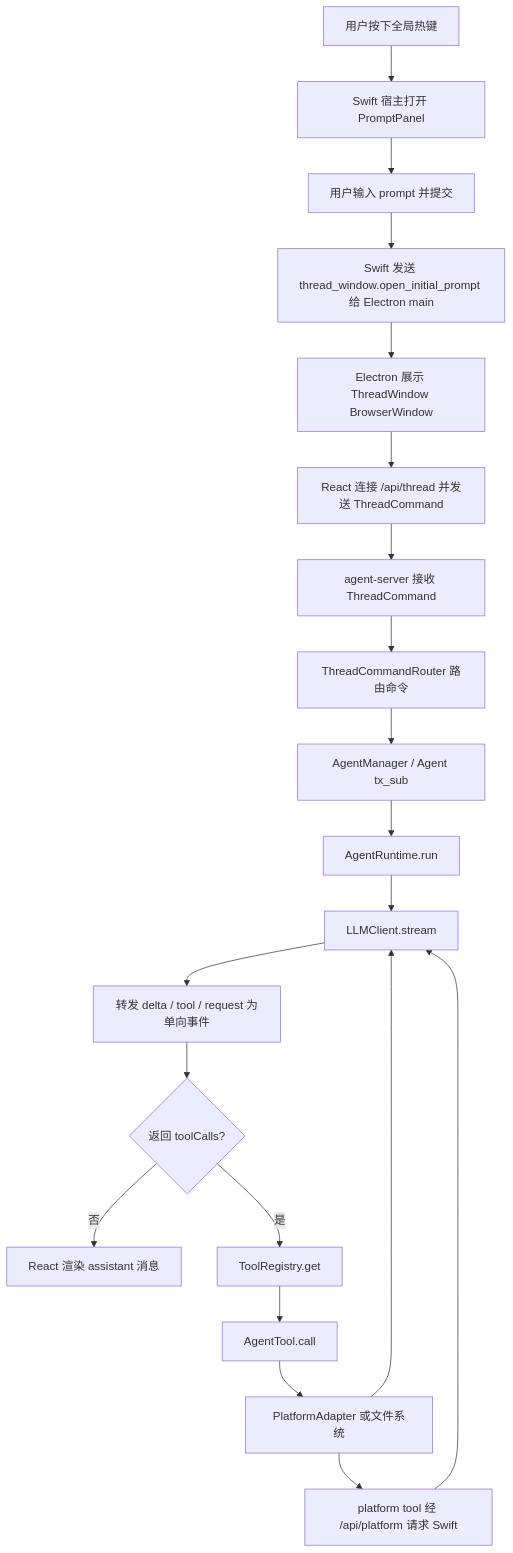
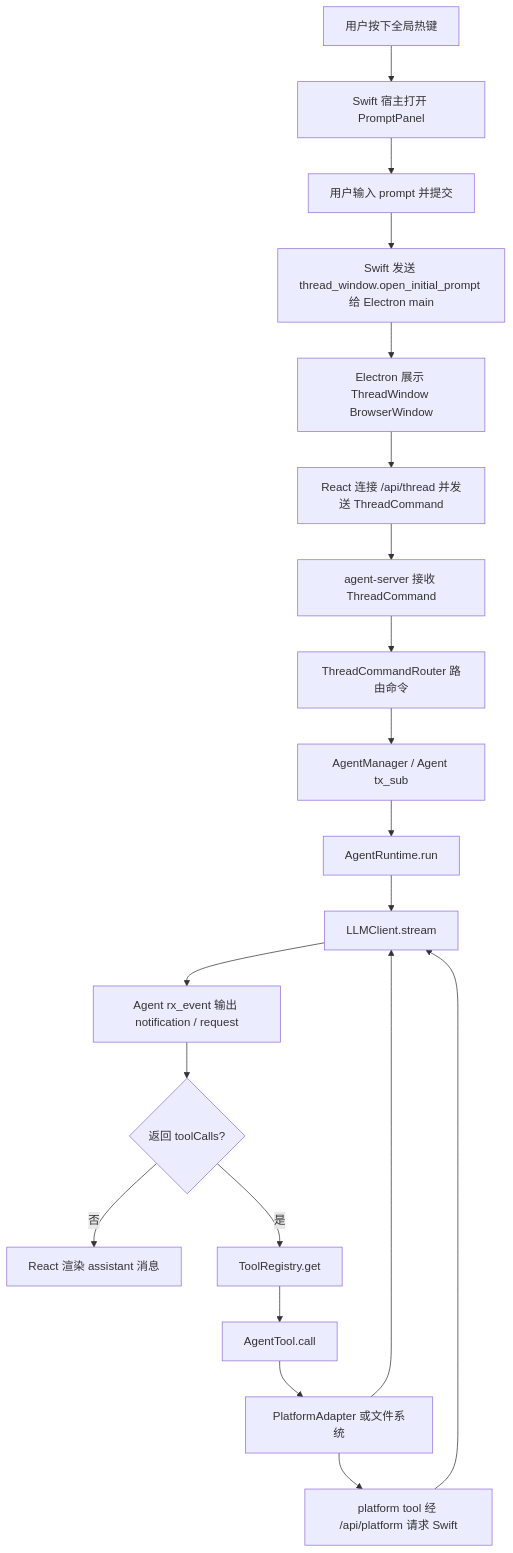
The second of 2 diagrams in handAgent.md (Lixuhang987/SpotAgent), drawn with Mermaid before and after one commit. The commit also changed other lines of this file and 47 other files, not shown here.

````diff
--- a/handAgent.md
+++ b/handAgent.md
@@ -29,22 +29,22 @@
 ```mermaid
 flowchart TD
   A[用户按下全局热键] --> B[Swift 宿主打开 PromptPanel]
   B --> C[用户输入 prompt 并提交]
   C --> D[Swift 发送 thread_window.open_initial_prompt 给 Electron main]
   D --> E[Electron 展示 ThreadWindow BrowserWindow]
   E --> F[React 连接 /api/thread 并发送 ThreadCommand]
   F --> G[agent-server 接收 ThreadCommand]
   G --> H[ThreadCommandRouter 路由命令]
   H --> Agt[AgentManager / Agent tx_sub]
   Agt --> I[AgentRuntime.run]
   I --> J[LLMClient.stream]
-  J --> K[转发 delta / tool / request 为单向事件]
+  J --> K[Agent rx_event 输出 notification / request]
   K --> L{返回 toolCalls?}
   L -- 否 --> M[React 渲染 assistant 消息]
   L -- 是 --> N[ToolRegistry.get]
   N --> O[AgentTool.call]
   O --> P[PlatformAdapter 或文件系统]
   P --> J
   P --> Q[platform tool 经 /api/platform 请求 Swift]
   Q --> J
 ```
````
